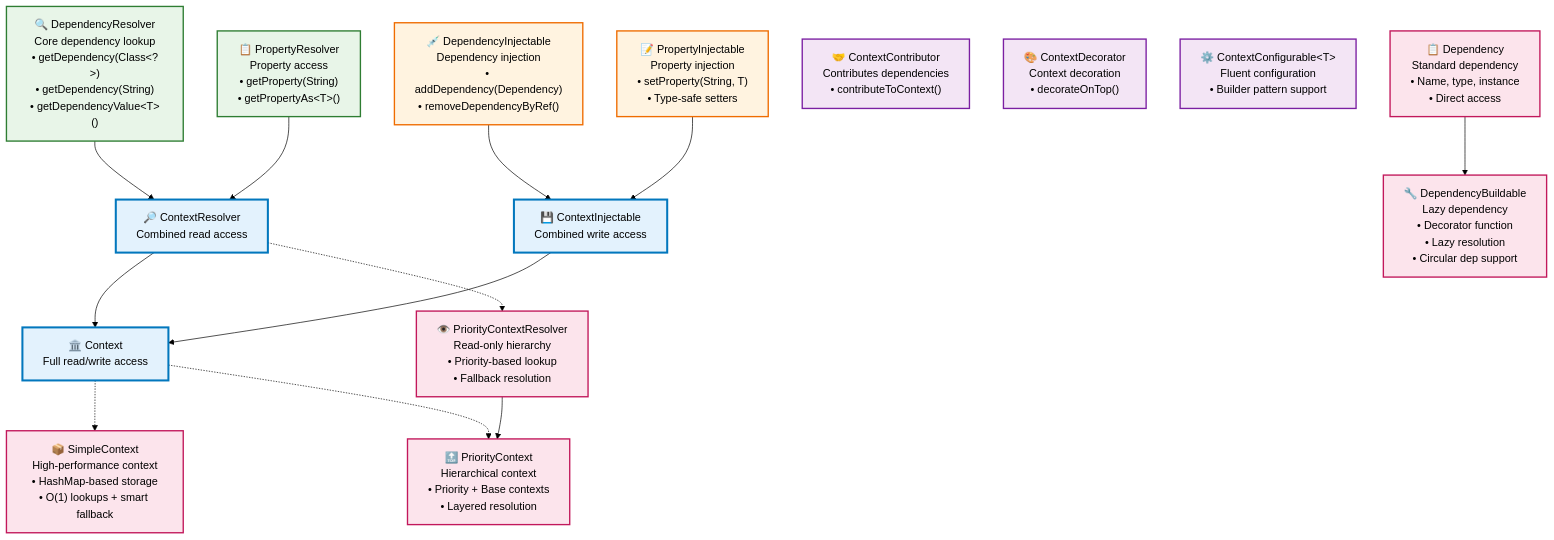
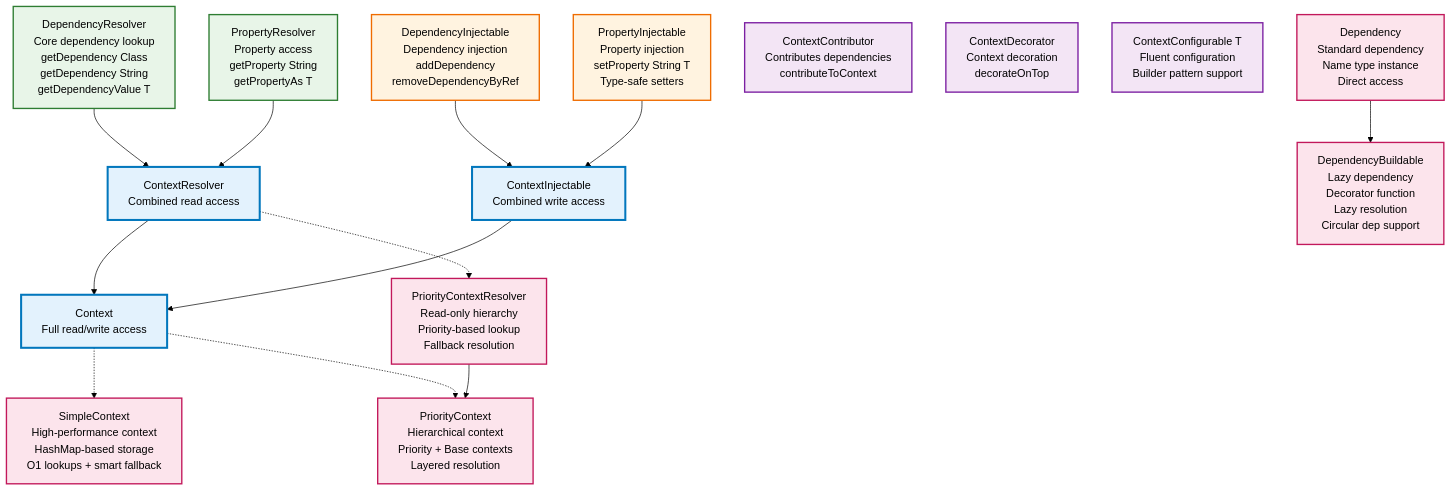
Before and after one commit to flamingock/flamingock-java: the first of 3 diagrams in docs/CONTEXT_ARCHITECTURE.md, drawn with Mermaid (forest theme). The commit also changed other lines of this file and 21 other files, not shown here.

````diff
--- a/docs/CONTEXT_ARCHITECTURE.md
+++ b/docs/CONTEXT_ARCHITECTURE.md
@@ -25,53 +25,53 @@
 ```mermaid
 graph TB
     %% Style Classes
     classDef readInterface fill:#e8f5e8,stroke:#2e7d32,stroke-width:2px
     classDef writeInterface fill:#fff3e0,stroke:#ef6c00,stroke-width:2px
     classDef combinedInterface fill:#e3f2fd,stroke:#0277bd,stroke-width:3px
     classDef specialInterface fill:#f3e5f5,stroke:#7b1fa2,stroke-width:2px
     classDef concreteClass fill:#fce4ec,stroke:#c2185b,stroke-width:2px
 
     %% Core Read-Only Interfaces
-    DependencyResolver["🔍 DependencyResolver<br/>Core dependency lookup<br/>• getDependency(Class&lt;?&gt;)<br/>• getDependency(String)<br/>• getDependencyValue&lt;T&gt;()"]:::readInterface
-    PropertyResolver["📋 PropertyResolver<br/>Property access<br/>• getProperty(String)<br/>• getPropertyAs&lt;T&gt;()"]:::readInterface
+    DependencyResolver["DependencyResolver<br/>Core dependency lookup<br/>getDependency Class<br/>getDependency String<br/>getDependencyValue T"]:::readInterface
+    PropertyResolver["PropertyResolver<br/>Property access<br/>getProperty String<br/>getPropertyAs T"]:::readInterface
     
     %% Core Write-Only Interfaces  
-    DependencyInjectable["💉 DependencyInjectable<br/>Dependency injection<br/>• addDependency(Dependency)<br/>• removeDependencyByRef()"]:::writeInterface
-    PropertyInjectable["📝 PropertyInjectable<br/>Property injection<br/>• setProperty(String, T)<br/>• Type-safe setters"]:::writeInterface
+    DependencyInjectable["DependencyInjectable<br/>Dependency injection<br/>addDependency<br/>removeDependencyByRef"]:::writeInterface
+    PropertyInjectable["PropertyInjectable<br/>Property injection<br/>setProperty String T<br/>Type-safe setters"]:::writeInterface
     
     %% Combined Interfaces
-    ContextResolver["🔎 ContextResolver<br/>Combined read access"]:::combinedInterface
-    ContextInjectable["💾 ContextInjectable<br/>Combined write access"]:::combinedInterface
-    Context["🏛️ Context<br/>Full read/write access"]:::combinedInterface
+    ContextResolver["ContextResolver<br/>Combined read access"]:::combinedInterface
+    ContextInjectable["ContextInjectable<br/>Combined write access"]:::combinedInterface
+    Context["Context<br/>Full read/write access"]:::combinedInterface
     
     %% Specialized Interfaces
-    ContextContributor["🤝 ContextContributor<br/>Contributes dependencies<br/>• contributeToContext()"]:::specialInterface
-    ContextDecorator["🎨 ContextDecorator<br/>Context decoration<br/>• decorateOnTop()"]:::specialInterface
-    ContextConfigurable["⚙️ ContextConfigurable&lt;T&gt;<br/>Fluent configuration<br/>• Builder pattern support"]:::specialInterface
+    ContextContributor["ContextContributor<br/>Contributes dependencies<br/>contributeToContext"]:::specialInterface
+    ContextDecorator["ContextDecorator<br/>Context decoration<br/>decorateOnTop"]:::specialInterface
+    ContextConfigurable["ContextConfigurable T<br/>Fluent configuration<br/>Builder pattern support"]:::specialInterface
     
     %% Concrete Implementations
-    SimpleContext["📦 SimpleContext<br/>High-performance context<br/>• HashMap-based storage<br/>• O(1) lookups + smart fallback"]:::concreteClass
-    PriorityContext["🔝 PriorityContext<br/>Hierarchical context<br/>• Priority + Base contexts<br/>• Layered resolution"]:::concreteClass
-    PriorityContextResolver["👁️ PriorityContextResolver<br/>Read-only hierarchy<br/>• Priority-based lookup<br/>• Fallback resolution"]:::concreteClass
+    SimpleContext["SimpleContext<br/>High-performance context<br/>HashMap-based storage<br/>O1 lookups + smart fallback"]:::concreteClass
+    PriorityContext["PriorityContext<br/>Hierarchical context<br/>Priority + Base contexts<br/>Layered resolution"]:::concreteClass
+    PriorityContextResolver["PriorityContextResolver<br/>Read-only hierarchy<br/>Priority-based lookup<br/>Fallback resolution"]:::concreteClass
     
     %% Advanced Dependency Types
-    Dependency["📋 Dependency<br/>Standard dependency<br/>• Name, type, instance<br/>• Direct access"]:::concreteClass
-    DependencyBuildable["🔧 DependencyBuildable<br/>Lazy dependency<br/>• Decorator function<br/>• Lazy resolution<br/>• Circular dep support"]:::concreteClass
+    Dependency["Dependency<br/>Standard dependency<br/>Name type instance<br/>Direct access"]:::concreteClass
+    DependencyBuildable["DependencyBuildable<br/>Lazy dependency<br/>Decorator function<br/>Lazy resolution<br/>Circular dep support"]:::concreteClass
     
     %% Inheritance relationships
     DependencyResolver --> ContextResolver
     PropertyResolver --> ContextResolver
     DependencyInjectable --> ContextInjectable  
     PropertyInjectable --> ContextInjectable
     ContextResolver --> Context
     ContextInjectable --> Context
     
     %% Implementation relationships
     Context -.-> SimpleContext
     Context -.-> PriorityContext
     ContextResolver -.-> PriorityContextResolver
     PriorityContextResolver --> PriorityContext
     
     %% Dependency inheritance
     Dependency --> DependencyBuildable
 ```
````
